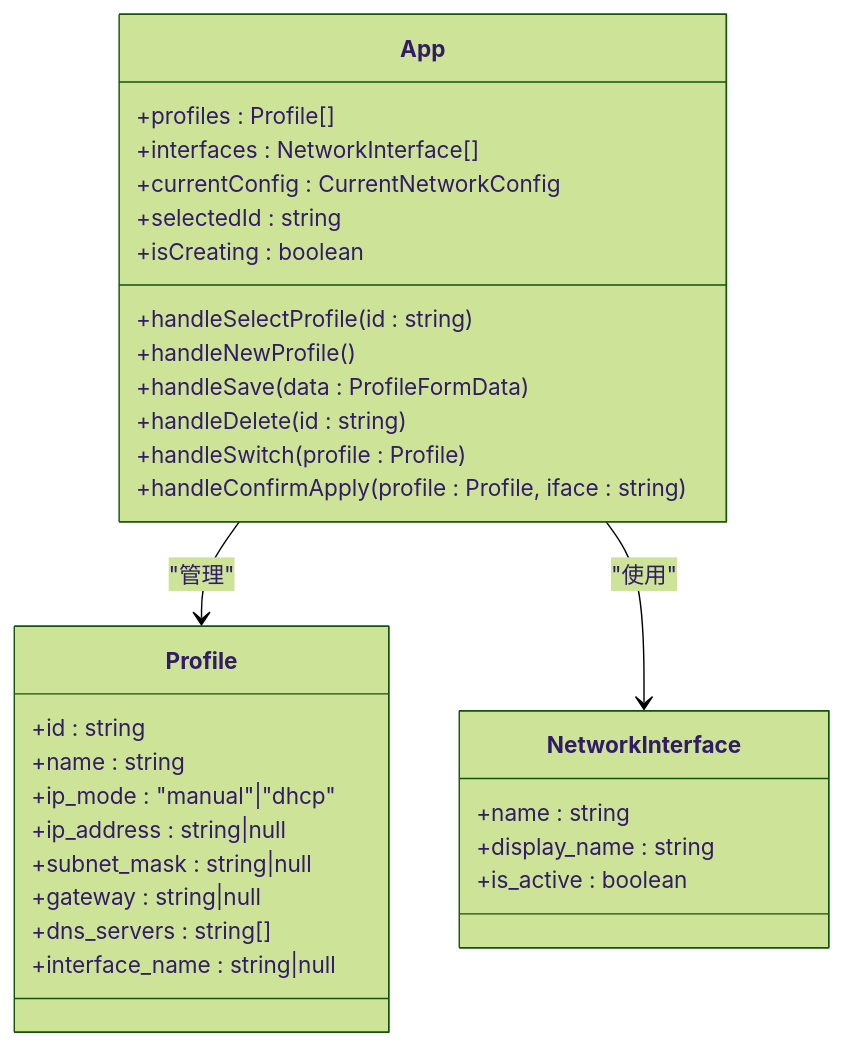
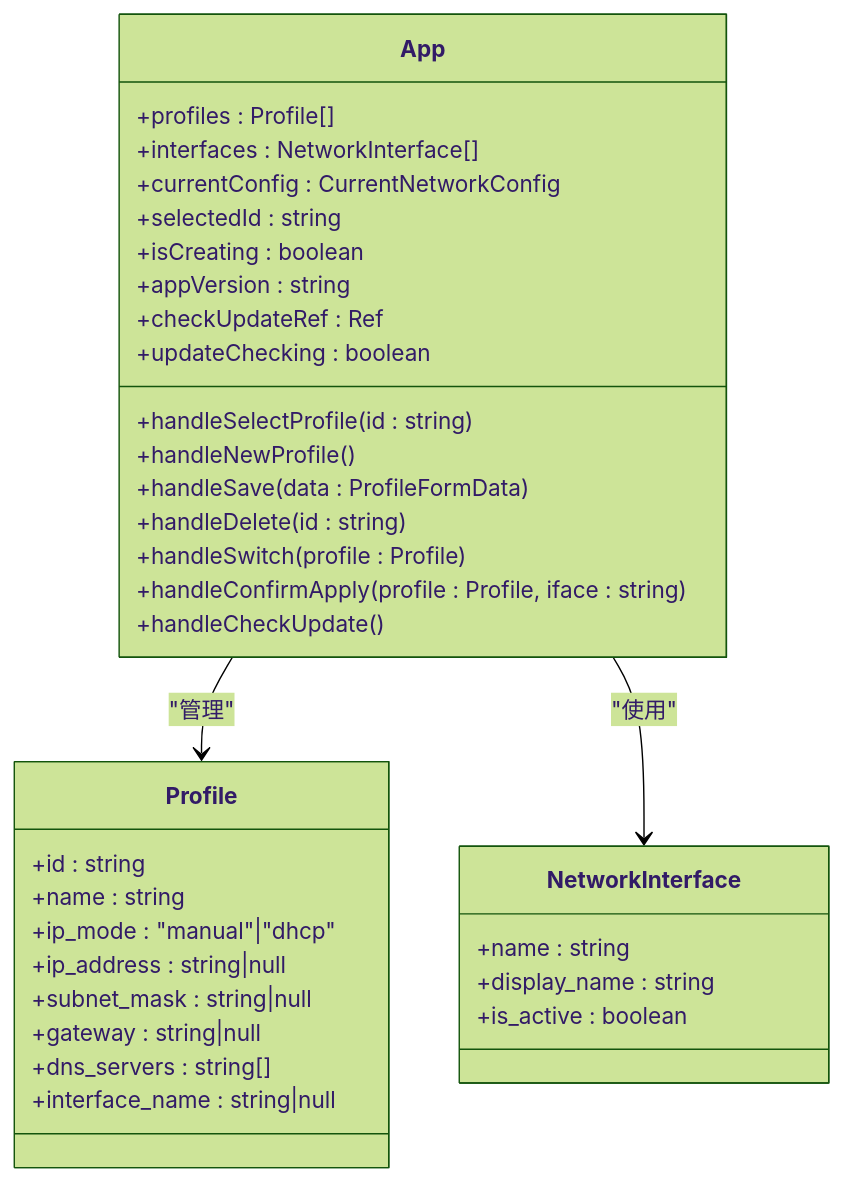
Before and after one commit to xdongliang/IPSwitcher: the fifth of 19 diagrams in .qoder/repowiki/zh/content/前端开发指南/React组件架构.md, drawn with Mermaid (forest theme). The commit also changed other lines of this file and 7 other files, not shown here.

````diff
--- a/.qoder/repowiki/zh/content/前端开发指南/React组件架构.md
+++ b/.qoder/repowiki/zh/content/前端开发指南/React组件架构.md
@@ -267,33 +338,37 @@
 ```mermaid
 classDiagram
 class App {
 +profiles : Profile[]
 +interfaces : NetworkInterface[]
 +currentConfig : CurrentNetworkConfig
 +selectedId : string
 +isCreating : boolean
++appVersion : string
++checkUpdateRef : Ref
++updateChecking : boolean
 +handleSelectProfile(id : string)
 +handleNewProfile()
 +handleSave(data : ProfileFormData)
 +handleDelete(id : string)
 +handleSwitch(profile : Profile)
 +handleConfirmApply(profile : Profile, iface : string)
++handleCheckUpdate()
 }
 class Profile {
 +id : string
 +name : string
 +ip_mode : "manual"|"dhcp"
 +ip_address : string|null
 +subnet_mask : string|null
 +gateway : string|null
 +dns_servers : string[]
 +interface_name : string|null
 }
 class NetworkInterface {
 +name : string
 +display_name : string
 +is_active : boolean
 }
 App --> Profile : "管理"
 App --> NetworkInterface : "使用"
 ```
````
